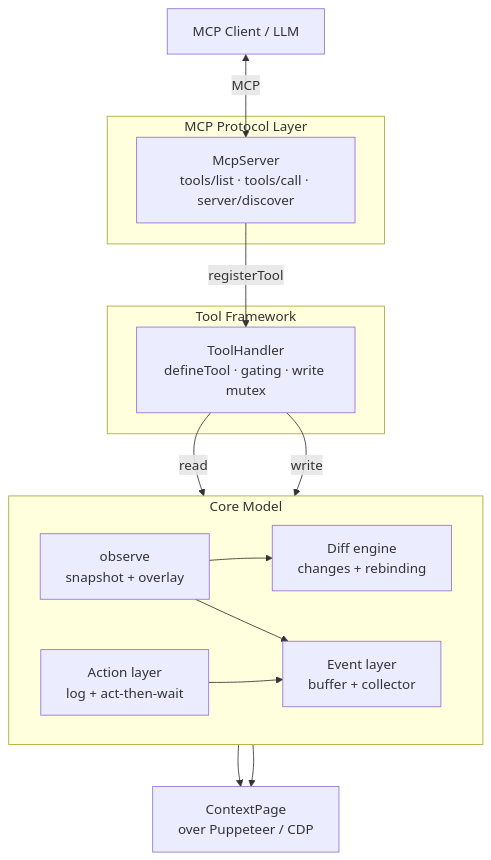
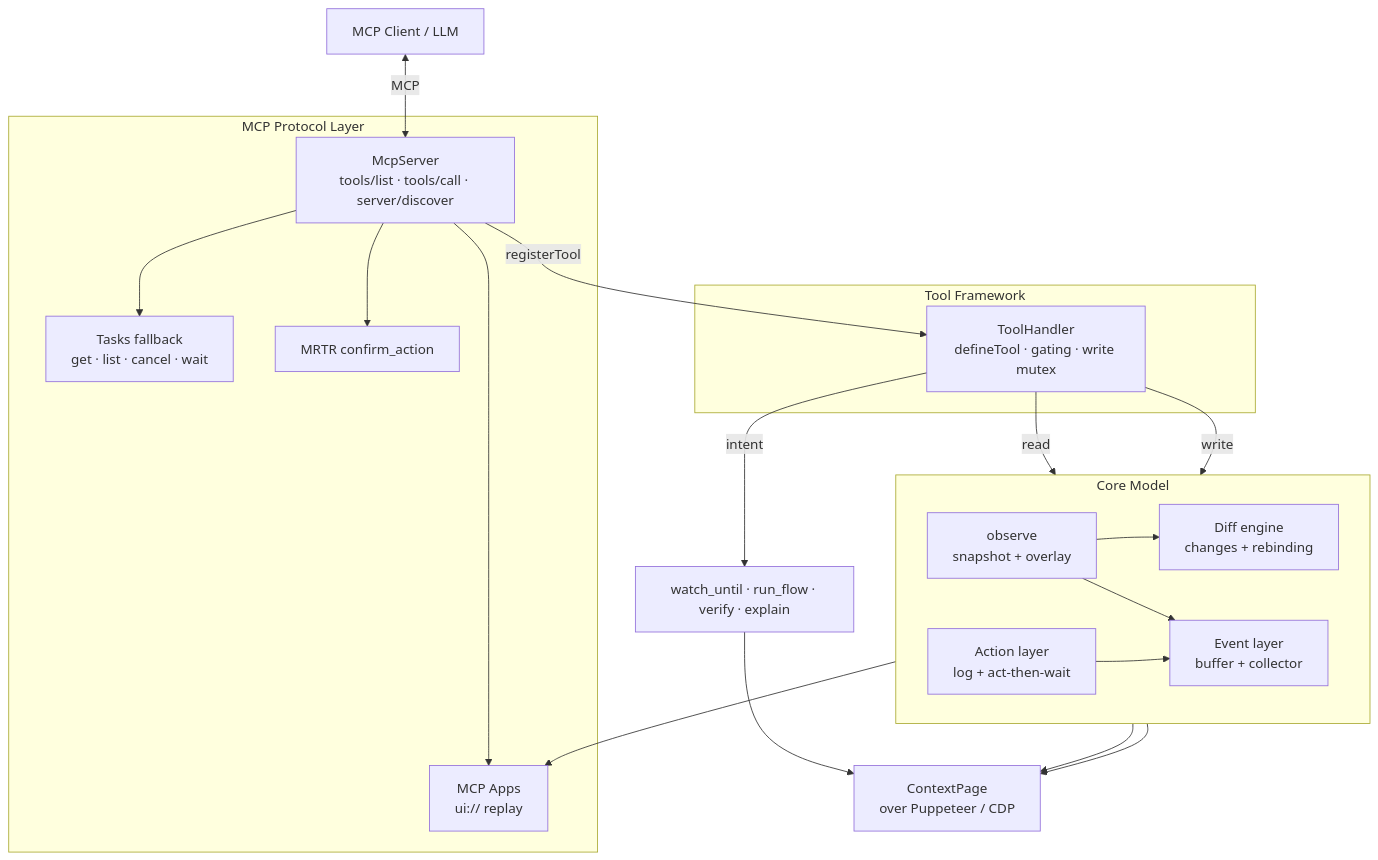
Before and after one commit to PremierStudio/BrowserAgent: the first of 2 diagrams in README.md, drawn with Mermaid. The commit also changed other lines of this file and 37 other files, not shown here.

First line of the commit message:
M5-M8: Tasks, MRTR, HTTP, intent tools, replay, session

````diff
--- a/README.md
+++ b/README.md
@@ -64,32 +64,41 @@
 ```mermaid
 flowchart TB
     Client[MCP Client / LLM]
 
     subgraph Protocol["MCP Protocol Layer"]
         Server[McpServer<br/>tools/list · tools/call · server/discover]
+        Tasks[Tasks fallback<br/>get · list · cancel · wait]
+        Apps[MCP Apps<br/>ui:// replay]
+        Mrtr[MRTR confirm_action]
     end
 
     subgraph Framework["Tool Framework"]
         Handler[ToolHandler<br/>defineTool · gating · write mutex]
     end
 
     subgraph Core["Core Model"]
         direction LR
         Observe[observe<br/>snapshot + overlay]
         Diff[Diff engine<br/>changes + rebinding]
         Events[Event layer<br/>buffer + collector]
         Actions[Action layer<br/>log + act-then-wait]
     end
 
     Browser[ContextPage<br/>over Puppeteer / CDP]
 
     Client <-->|MCP| Server
+    Server --> Tasks
+    Server --> Apps
+    Server --> Mrtr
     Server -->|registerTool| Handler
     Handler -->|read| Observe
     Handler -->|write| Actions
+    Handler -->|intent| Intent[watch_until · run_flow · verify · explain]
     Observe --> Diff
     Observe --> Events
     Actions --> Events
+    Actions --> Apps
     Observe --> Browser
     Actions --> Browser
+    Intent --> Browser
 ```
````
